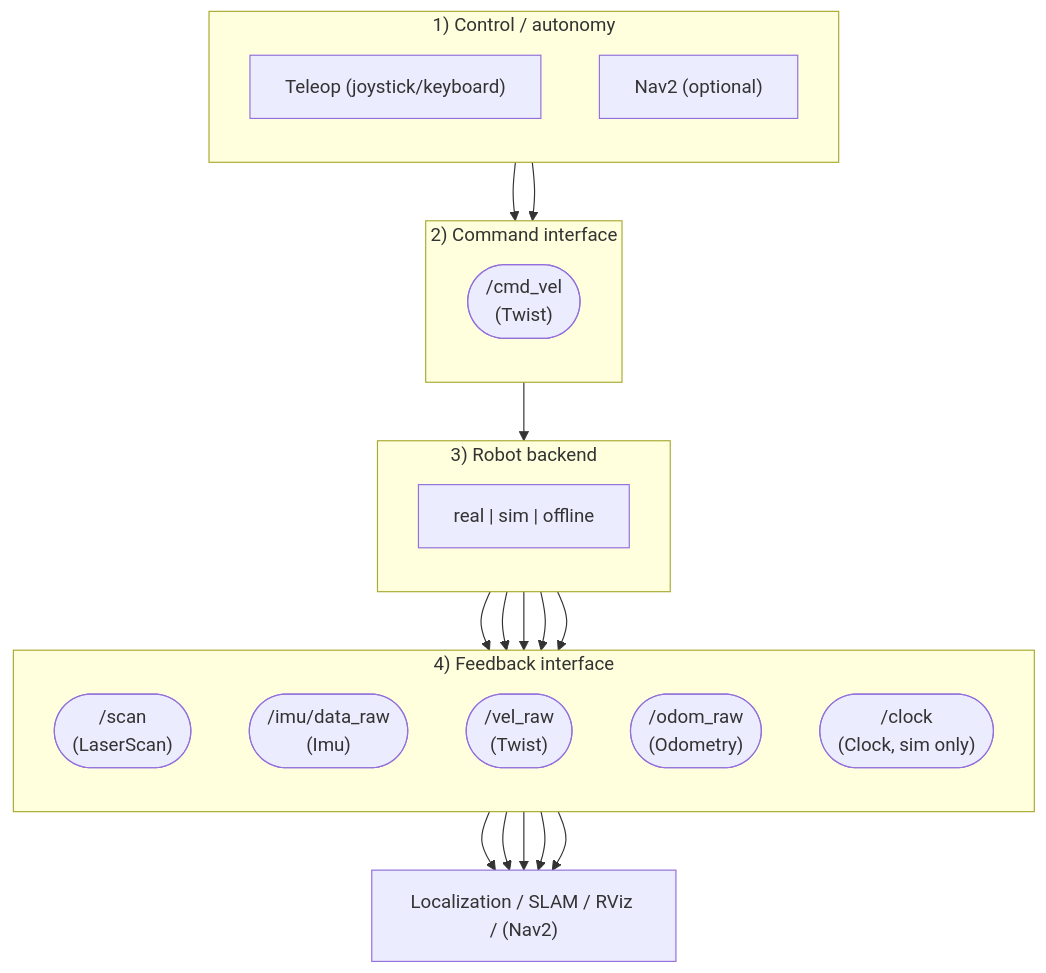
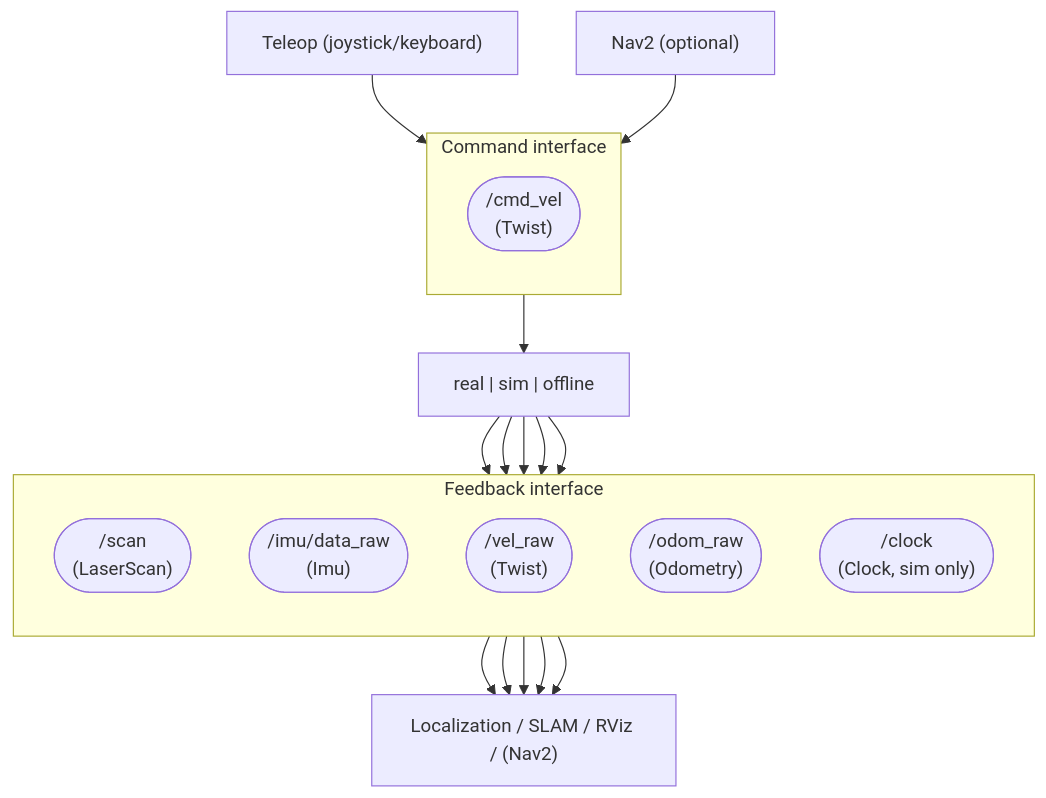
One commit to Roblibs/rovi_ros_ws changed the first of 13 diagrams in README.md. Above: the diagram before and after it, drawn with Mermaid. The commit also changed other lines of this file, not shown here.

Commit message:
Revise Robot Modes to Unified Robot Interface
Updated the section on robot modes to unify the robot interface for both real and simulation environments.

````diff
--- a/README.md
+++ b/README.md
@@ -214,47 +214,43 @@
 ```mermaid
 flowchart TB
-  subgraph L1["1) Control / autonomy"]
-    direction TB
+
     TELEOP["Teleop (joystick/keyboard)"]
     NAV2["Nav2 (optional)"]
-  end
 
-  subgraph L2["2) Command interface"]
+  subgraph L2["Command interface"]
     direction TB
     CMD(["/cmd_vel<br/>(Twist)"])
   end
 
-  subgraph L3["3) Robot backend"]
-    direction TB
-    BACKEND["real | sim | offline"]
-  end
+  BACKEND["real | sim | offline"]
 
-  subgraph L4["4) Feedback  interface"]
+
+  subgraph L4["Feedback  interface"]
     direction TB
     SCAN(["/scan<br/>(LaserScan)"])
     IMU_RAW(["/imu/data_raw<br/>(Imu)"])
     VRAW(["/vel_raw<br/>(Twist)"])
     ODRAW(["/odom_raw<br/>(Odometry)"])
     CLOCK(["/clock<br/>(Clock, sim only)"])
 
   end
 
   STACKS["Localization / SLAM / RViz / (Nav2)"]
 
   TELEOP --> CMD
   NAV2 --> CMD
 
   CMD --> BACKEND
 
   BACKEND --> SCAN
   BACKEND --> IMU_RAW
   BACKEND --> VRAW
   BACKEND --> ODRAW
   BACKEND --> CLOCK
 
   SCAN --> STACKS
   IMU_RAW --> STACKS
   VRAW --> STACKS
   ODRAW --> STACKS
   CLOCK --> STACKS
 ```
````
